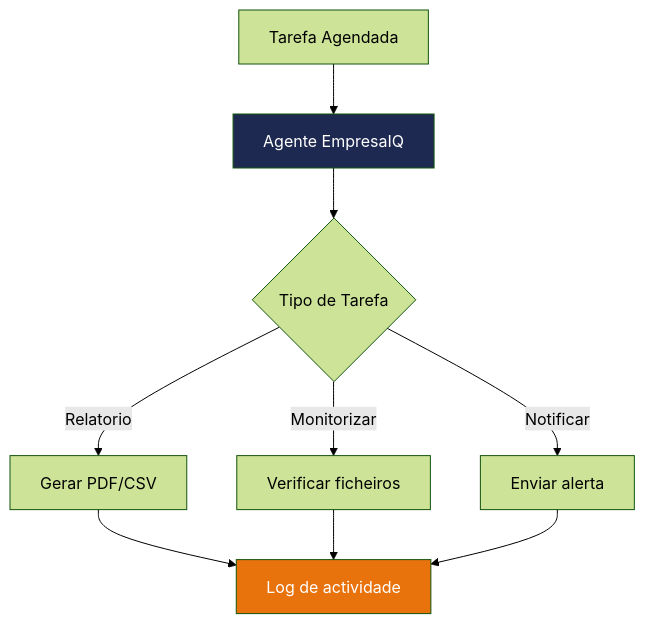
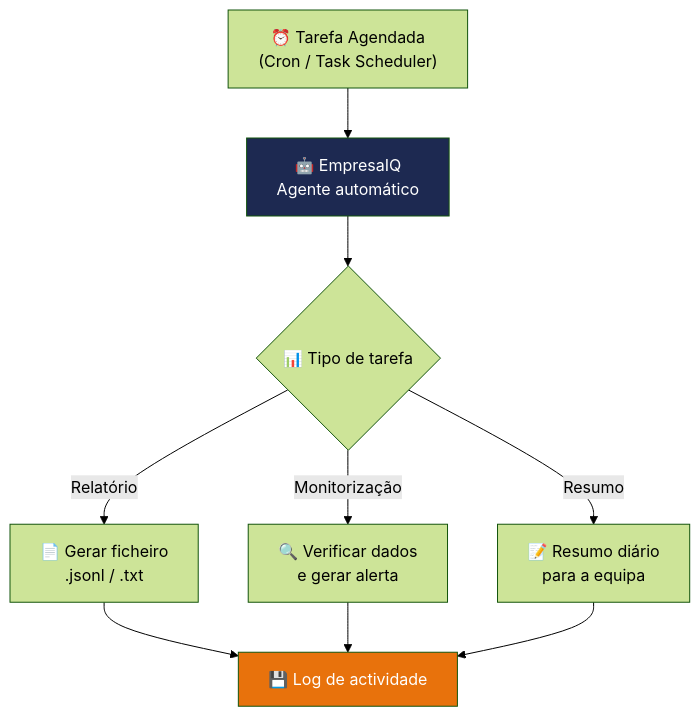
Before and after one commit to icpmtech/empresaiq-ebook: the diagram in docs/14-automatizacao.md, drawn with Mermaid (forest theme). The commit also changed other lines of this file and 24 other files, not shown here.

````diff
--- a/docs/14-automatizacao.md
+++ b/docs/14-automatizacao.md
@@ -11,11 +21,11 @@
 ```mermaid
 flowchart TD
-    A[Tarefa Agendada] --> B[Agente EmpresaIQ]
-    B --> C{Tipo de Tarefa}
-    C -->|Relatorio| D[Gerar PDF/CSV]
-    C -->|Monitorizar| E[Verificar ficheiros]
-    C -->|Notificar| F[Enviar alerta]
-    D & E & F --> G[Log de actividade]
+    A["⏰ Tarefa Agendada\n(Cron / Task Scheduler)"] --> B["🤖 EmpresaIQ\nAgente automático"]
+    B --> C{"📊 Tipo de tarefa"}
+    C -->|"Relatório"| D["📄 Gerar ficheiro\n.jsonl / .txt"]
+    C -->|"Monitorização"| E["🔍 Verificar dados\ne gerar alerta"]
+    C -->|"Resumo"| F["📝 Resumo diário\npara a equipa"]
+    D & E & F --> G["💾 Log de actividade"]
     style B fill:#1D2951,color:#fff
     style G fill:#E8720C,color:#fff
 ```
````
